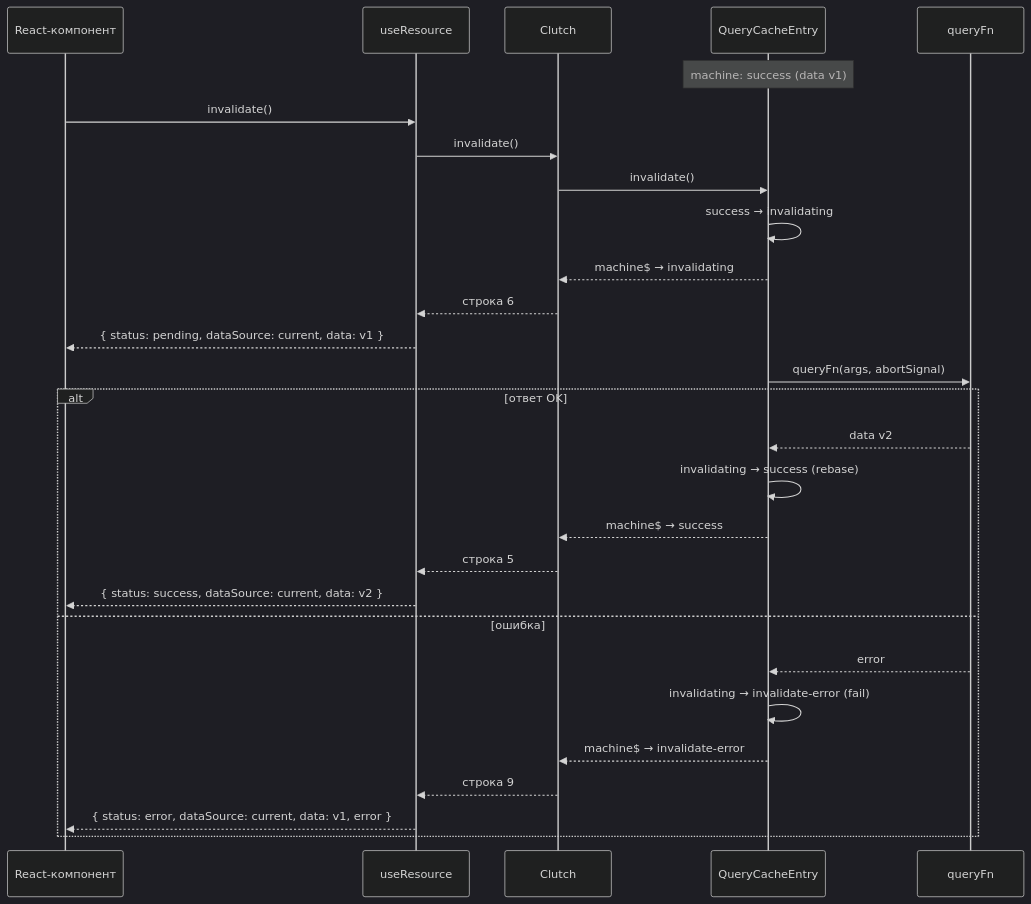
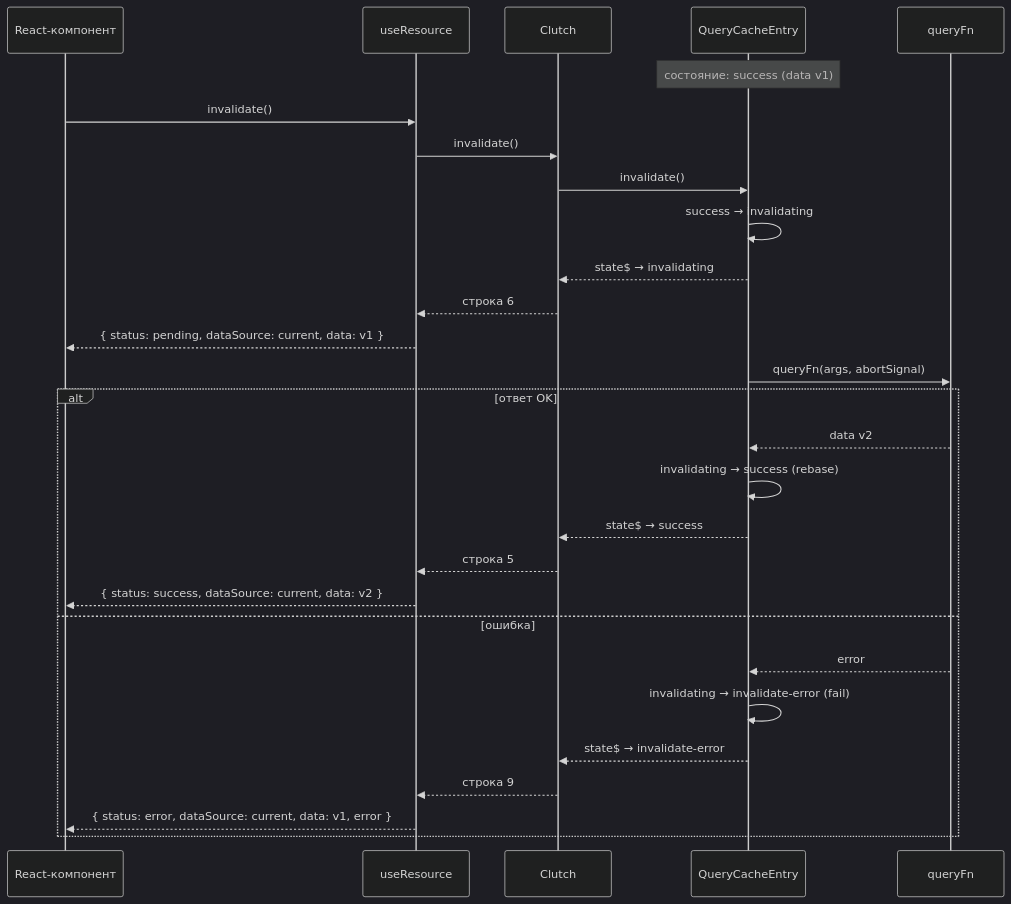
The fourth of 10 diagrams in docs/query/concepts/dataflows.md (fozy-labs/rx-toolkit), drawn with Mermaid (dark theme) before and after one commit. The commit also changed other lines of this file and 71 other files, not shown here.

````diff
--- a/docs/query/concepts/dataflows.md
+++ b/docs/query/concepts/dataflows.md
@@ -156,34 +156,34 @@
 ```mermaid
 sequenceDiagram
     participant UI as React-компонент
     participant Hook as useResource
     participant Clutch as Clutch
     participant Entry as QueryCacheEntry
     participant Query as queryFn
 
-    Note over Entry: machine: success (data v1)
+    Note over Entry: состояние: success (data v1)
 
     UI->>Hook: invalidate()
     Hook->>Clutch: invalidate()
     Clutch->>Entry: invalidate()
     Entry->>Entry: success → invalidating
-    Entry-->>Clutch: machine$ → invalidating
+    Entry-->>Clutch: state$ → invalidating
     Clutch-->>Hook: строка 6
     Hook-->>UI: { status: pending, dataSource: current, data: v1 }
 
     Entry->>Query: queryFn(args, abortSignal)
 
     alt ответ OK
         Query-->>Entry: data v2
         Entry->>Entry: invalidating → success (rebase)
-        Entry-->>Clutch: machine$ → success
+        Entry-->>Clutch: state$ → success
         Clutch-->>Hook: строка 5
         Hook-->>UI: { status: success, dataSource: current, data: v2 }
     else ошибка
         Query-->>Entry: error
         Entry->>Entry: invalidating → invalidate-error (fail)
-        Entry-->>Clutch: machine$ → invalidate-error
+        Entry-->>Clutch: state$ → invalidate-error
         Clutch-->>Hook: строка 9
         Hook-->>UI: { status: error, dataSource: current, data: v1, error }
     end
 ```
````
